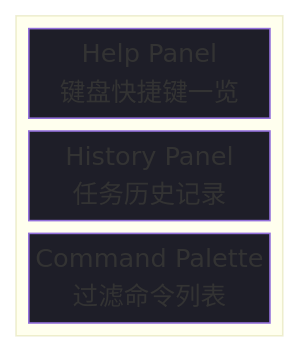
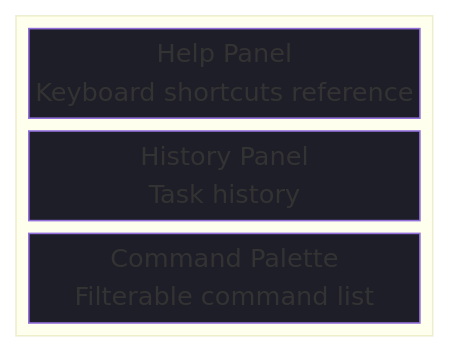
The fifth of 8 diagrams in ARCHITECTURE.md (Rg0x80/tact), drawn with Mermaid before and after one commit. The commit also changed other lines of this file and 50 other files, not shown here.

````diff
--- a/ARCHITECTURE.md
+++ b/ARCHITECTURE.md
@@ -155,16 +155,16 @@
 ```mermaid
 block-beta
     columns 1
     space
     block:overlay
         columns 1
-        help["Help Panel<br/>键盘快捷键一览"]
-        history["History Panel<br/>任务历史记录"]
-        palette["Command Palette<br/>过滤命令列表"]
+        help["Help Panel<br/>Keyboard shortcuts reference"]
+        history["History Panel<br/>Task history"]
+        palette["Command Palette<br/>Filterable command list"]
     end
     space
 
     style help fill:#1e1e28,color:#eceff4
     style history fill:#1e1e28,color:#eceff4
     style palette fill:#1e1e28,color:#eceff4
 ```
````
